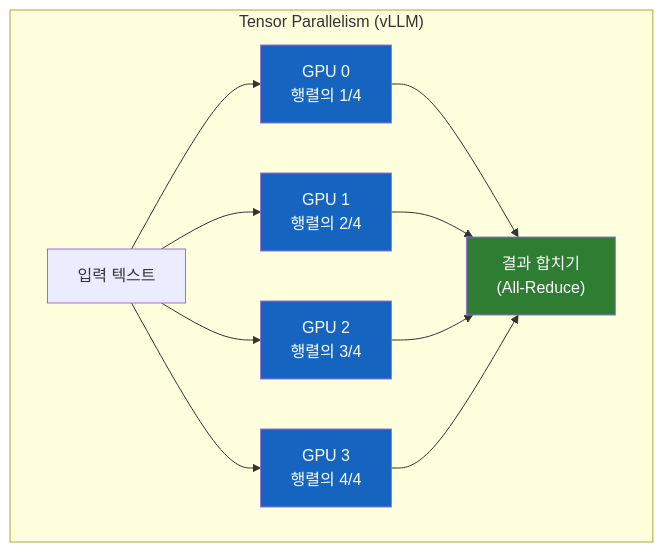
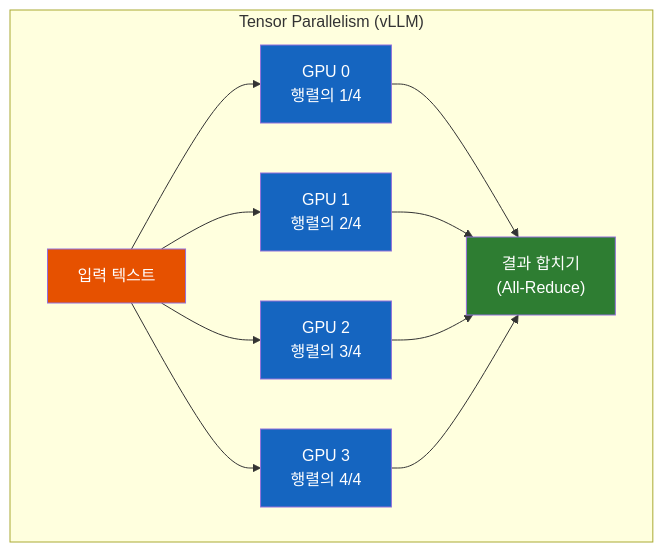
Before and after one commit to sskim91/TIL: the fifth of 7 diagrams in ai/vLLM-GPU-위의-LLM은-누가-서빙하는가.md, drawn with Mermaid. The commit also changed other lines of this file, not shown here.

First line of the commit message:
📝 Improve vLLM TIL diagram styles and transitions

````diff
--- a/ai/vLLM-GPU-위의-LLM은-누가-서빙하는가.md
+++ b/ai/vLLM-GPU-위의-LLM은-누가-서빙하는가.md
@@ -195,20 +202,21 @@
 ```mermaid
 flowchart TB
     subgraph tp["Tensor Parallelism (vLLM)"]
         direction LR
         A["입력 텍스트"] --> B["GPU 0<br>행렬의 1/4"]
         A --> C["GPU 1<br>행렬의 2/4"]
         A --> D["GPU 2<br>행렬의 3/4"]
         A --> E["GPU 3<br>행렬의 4/4"]
         B --> F["결과 합치기<br>(All-Reduce)"]
         C --> F
         D --> F
         E --> F
     end
 
+    style A fill:#E65100,color:#fff
     style B fill:#1565C0,color:#fff
     style C fill:#1565C0,color:#fff
     style D fill:#1565C0,color:#fff
     style E fill:#1565C0,color:#fff
     style F fill:#2E7D32,color:#fff
 ```
````
